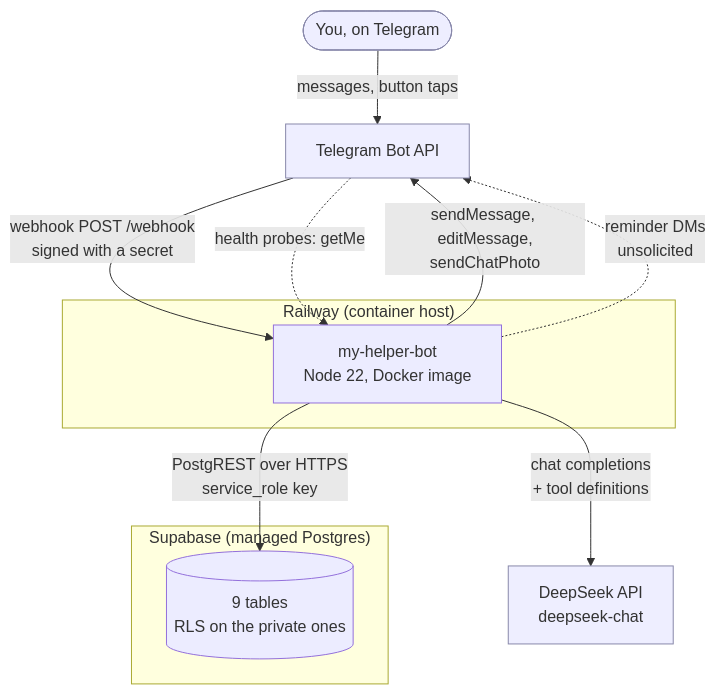
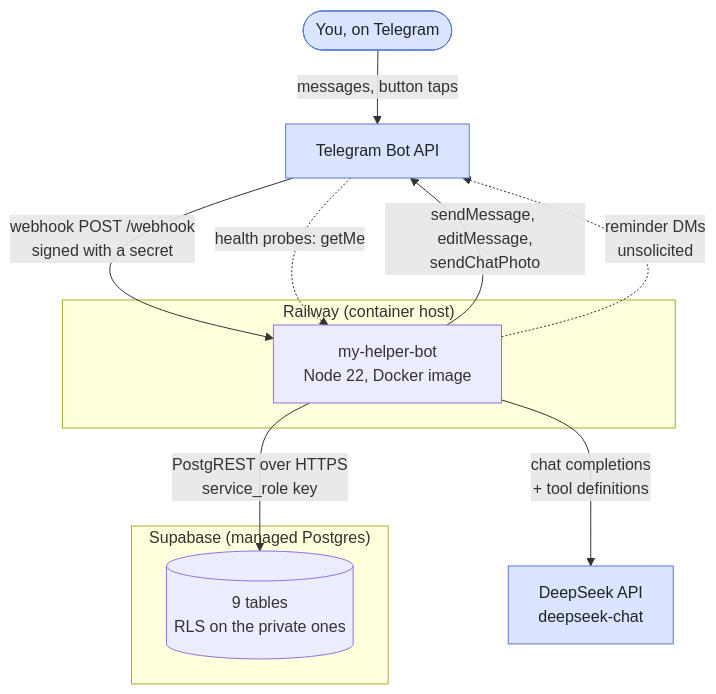
The first of 11 diagrams in docs/architecture.md (e1010101/my-helper), drawn with Mermaid before and after one commit. The commit also changed other lines of this file and 9 other files, not shown here.

First line of the commit message:
docs: add GitNexus guidance and correct architecture gaps

````diff
--- a/docs/architecture.md
+++ b/docs/architecture.md
@@ -16,26 +67,26 @@
 ```mermaid
 flowchart TB
     User(["You, on Telegram"])
 
     subgraph Railway["Railway (container host)"]
         Bot["my-helper-bot<br/>Node 22, Docker image"]
     end
 
     subgraph Supabase["Supabase (managed Postgres)"]
         PG[("9 tables<br/>RLS on the private ones")]
     end
 
     DeepSeek["DeepSeek API<br/>deepseek-chat"]
     TG["Telegram Bot API"]
 
     User -->|"messages, button taps"| TG
     TG -->|"webhook POST /webhook<br/>signed with a secret"| Bot
     TG -.->|"health probes: getMe"| Bot
     Bot -->|"sendMessage, editMessage,<br/>sendChatPhoto"| TG
     Bot -->|"PostgREST over HTTPS<br/>service_role key"| PG
     Bot -->|"chat completions<br/>+ tool definitions"| DeepSeek
     Bot -.->|"reminder DMs<br/>unsolicited"| TG
 
-    classDef external fill:#eef,stroke:#88a
+    classDef external fill:#dbe4ff,stroke:#5b7bd5,color:#1f2328
     class User,DeepSeek,TG external
 ```
````
